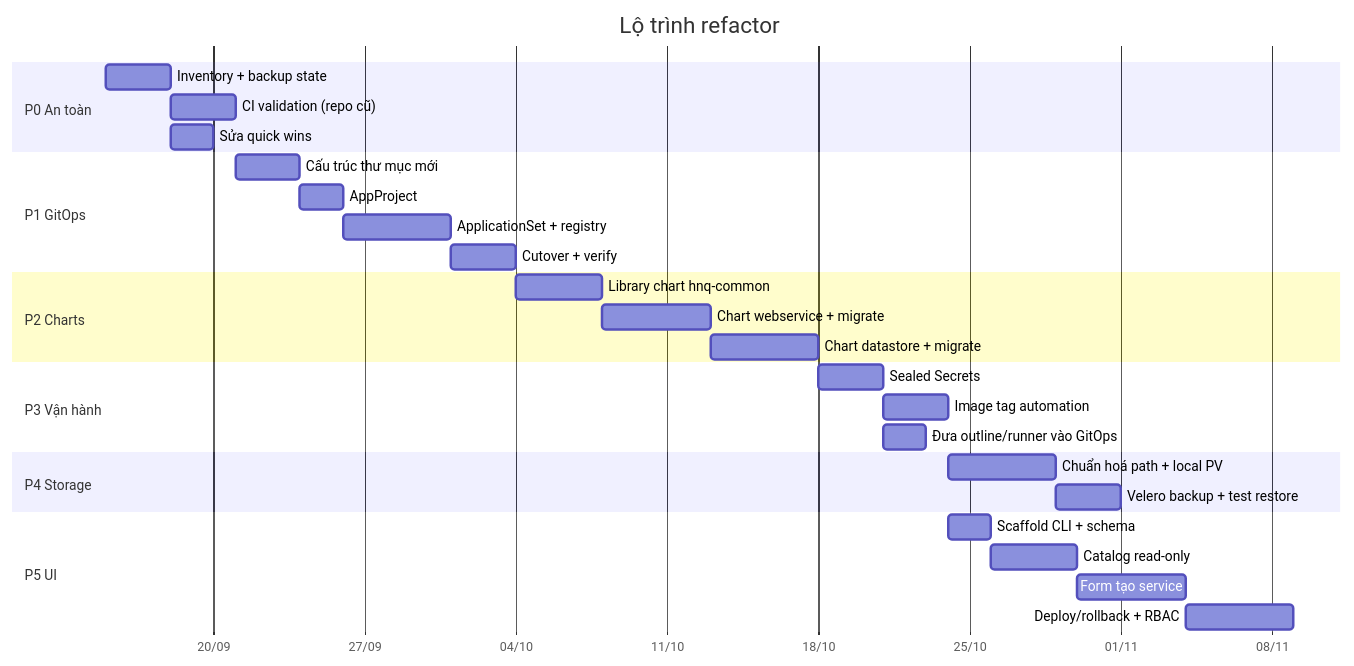
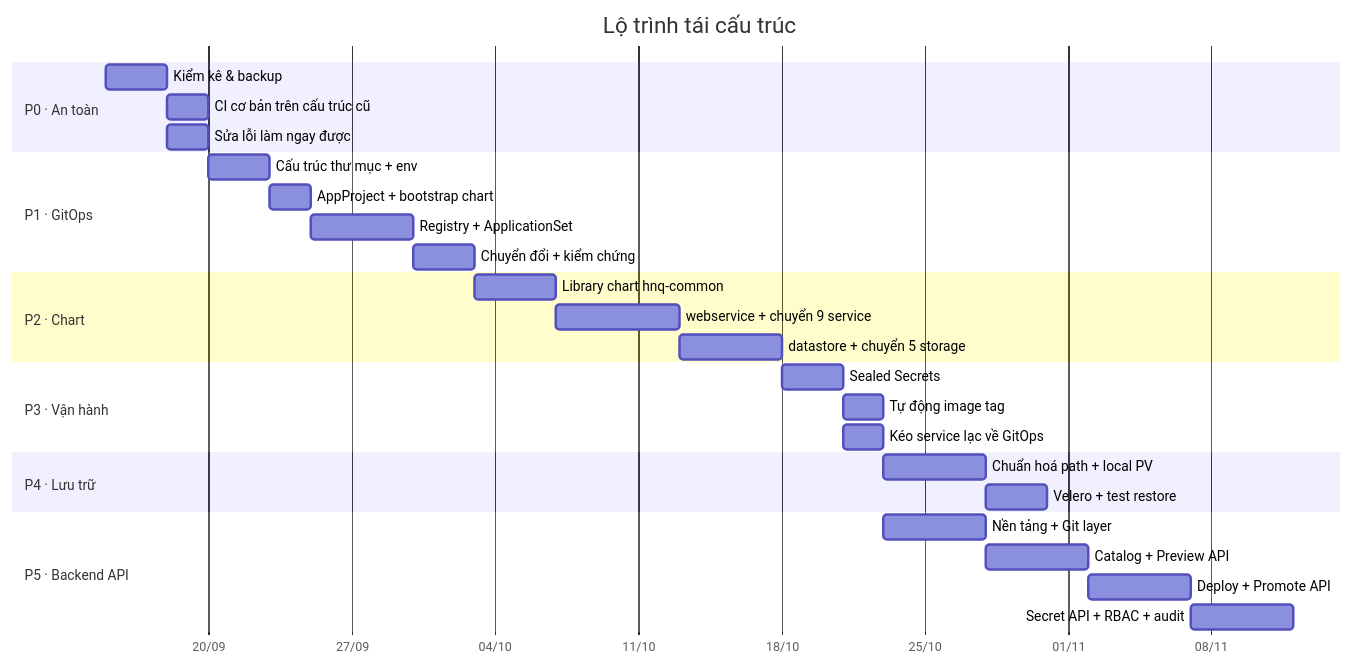
Before and after one commit to hunho247/HNQ-Infra: the sixth of 6 diagrams in docs/REFACTOR_PLAN.md, drawn with Mermaid. The commit also changed other lines of this file and 2 other files, not shown here.

````diff
--- a/docs/REFACTOR_PLAN.md
+++ b/docs/REFACTOR_PLAN.md
@@ -1073,37 +1076,37 @@
 ```mermaid
 gantt
-  title Lộ trình refactor
+  title Lộ trình tái cấu trúc
   dateFormat YYYY-MM-DD
   axisFormat %d/%m
 
-  section P0 An toàn
-  Inventory + backup state      :p0a, 2026-09-15, 3d
-  CI validation (repo cũ)       :p0b, after p0a, 3d
-  Sửa quick wins                :p0c, after p0a, 2d
+  section P0 · An toàn
+  Kiểm kê & backup              :p0a, 2026-09-15, 3d
+  CI cơ bản trên cấu trúc cũ    :p0b, after p0a, 2d
+  Sửa lỗi làm ngay được         :p0c, after p0a, 2d
 
-  section P1 GitOps
-  Cấu trúc thư mục mới          :p1a, after p0b, 3d
-  AppProject                    :p1b, after p1a, 2d
-  ApplicationSet + registry     :p1c, after p1b, 5d
-  Cutover + verify              :p1d, after p1c, 3d
+  section P1 · GitOps
+  Cấu trúc thư mục + env        :p1a, after p0b, 3d
+  AppProject + bootstrap chart  :p1b, after p1a, 2d
+  Registry + ApplicationSet     :p1c, after p1b, 5d
+  Chuyển đổi + kiểm chứng       :p1d, after p1c, 3d
 
-  section P2 Charts
+  section P2 · Chart
   Library chart hnq-common      :p2a, after p1d, 4d
-  Chart webservice + migrate    :p2b, after p2a, 5d
-  Chart datastore + migrate     :p2c, after p2b, 5d
+  webservice + chuyển 9 service :p2b, after p2a, 6d
+  datastore + chuyển 5 storage  :p2c, after p2b, 5d
 
-  section P3 Vận hành
+  section P3 · Vận hành
   Sealed Secrets                :p3a, after p2c, 3d
-  Image tag automation          :p3b, after p3a, 3d
-  Đưa outline/runner vào GitOps :p3c, after p3a, 2d
+  Tự động image tag             :p3b, after p3a, 2d
+  Kéo service lạc về GitOps     :p3c, after p3a, 2d
 
-  section P4 Storage
+  section P4 · Lưu trữ
   Chuẩn hoá path + local PV     :p4a, after p3b, 5d
-  Velero backup + test restore  :p4b, after p4a, 3d
+  Velero + test restore         :p4b, after p4a, 3d
 
-  section P5 UI
-  Scaffold CLI + schema         :p5a, after p3b, 2d
-  Catalog read-only             :p5b, after p5a, 4d
-  Form tạo service              :p5c, after p5b, 5d
-  Deploy/rollback + RBAC        :p5d, after p5c, 5d
+  section P5 · Backend API
+  Nền tảng + Git layer          :p5a, after p3c, 5d
+  Catalog + Preview API         :p5b, after p5a, 5d
+  Deploy + Promote API          :p5c, after p5b, 5d
+  Secret API + RBAC + audit     :p5d, after p5c, 5d
 ```
````
